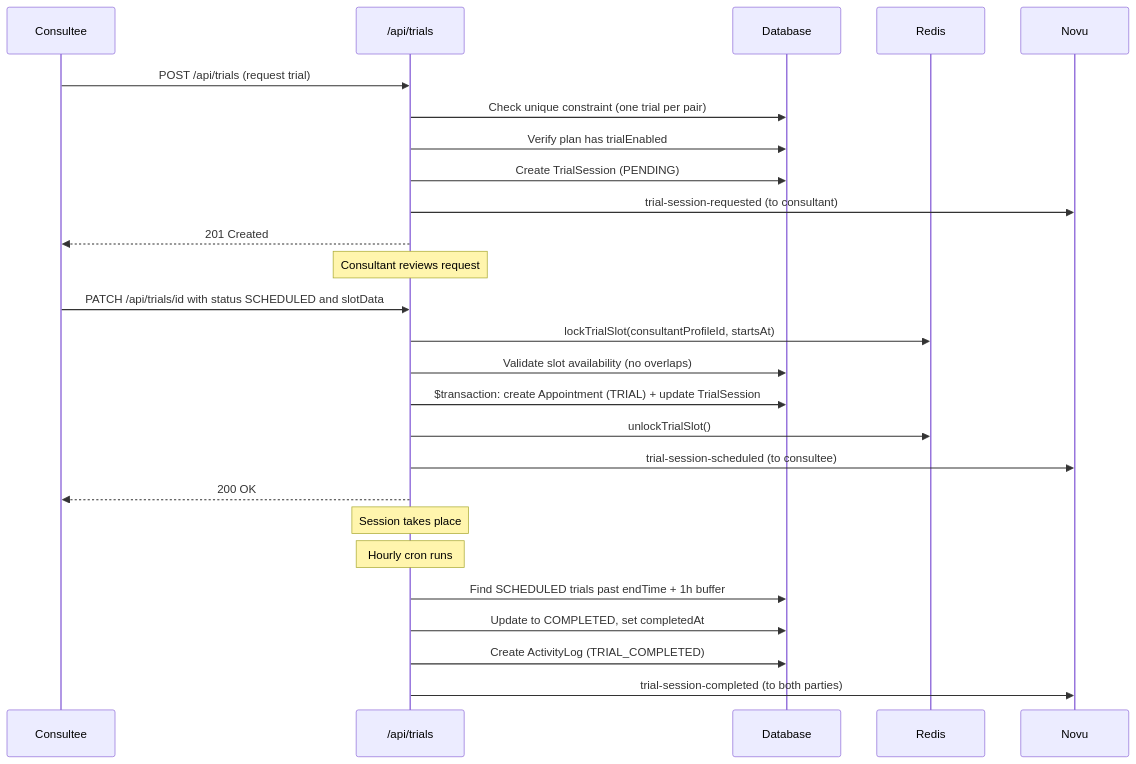
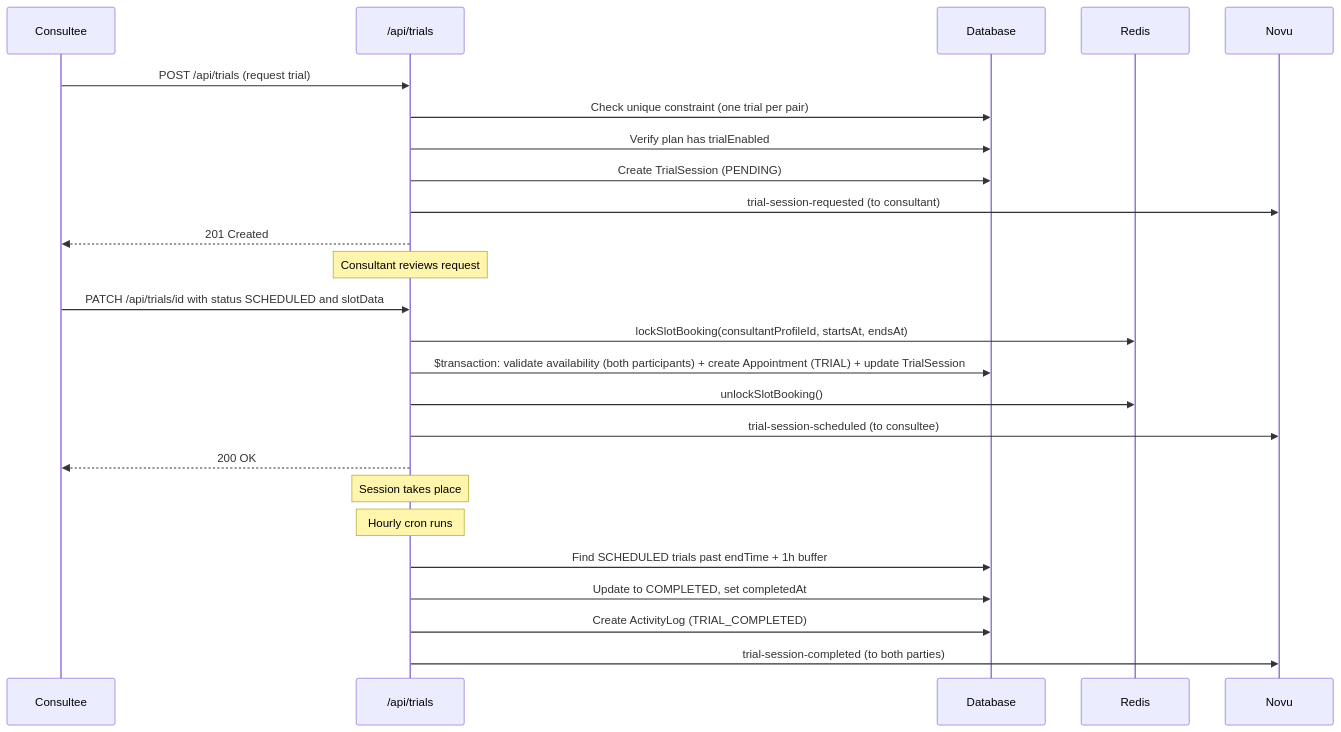
Before and after one commit to Practitionist/familiarise_web: the second of 2 diagrams in docs/booking/09-trial-sessions.md, drawn with Mermaid. The commit also changed other lines of this file and 16 other files, not shown here.

````diff
--- a/docs/booking/09-trial-sessions.md
+++ b/docs/booking/09-trial-sessions.md
@@ -130,33 +130,32 @@
 ```mermaid
 sequenceDiagram
     participant Consultee
     participant API as /api/trials
     participant DB as Database
     participant Redis
     participant Novu
 
     Consultee->>API: POST /api/trials (request trial)
     API->>DB: Check unique constraint (one trial per pair)
     API->>DB: Verify plan has trialEnabled
     API->>DB: Create TrialSession (PENDING)
     API->>Novu: trial-session-requested (to consultant)
     API-->>Consultee: 201 Created
 
     Note over API: Consultant reviews request
 
     Consultee->>API: PATCH /api/trials/id with status SCHEDULED and slotData
-    API->>Redis: lockTrialSlot(consultantProfileId, startsAt)
-    API->>DB: Validate slot availability (no overlaps)
-    API->>DB: $transaction: create Appointment (TRIAL) + update TrialSession
-    API->>Redis: unlockTrialSlot()
+    API->>Redis: lockSlotBooking(consultantProfileId, startsAt, endsAt)
+    API->>DB: $transaction: validate availability (both participants) + create Appointment (TRIAL) + update TrialSession
+    API->>Redis: unlockSlotBooking()
     API->>Novu: trial-session-scheduled (to consultee)
     API-->>Consultee: 200 OK
 
     Note over API: Session takes place
 
     Note over API: Hourly cron runs
     API->>DB: Find SCHEDULED trials past endTime + 1h buffer
     API->>DB: Update to COMPLETED, set completedAt
     API->>DB: Create ActivityLog (TRIAL_COMPLETED)
     API->>Novu: trial-session-completed (to both parties)
 ```
````
